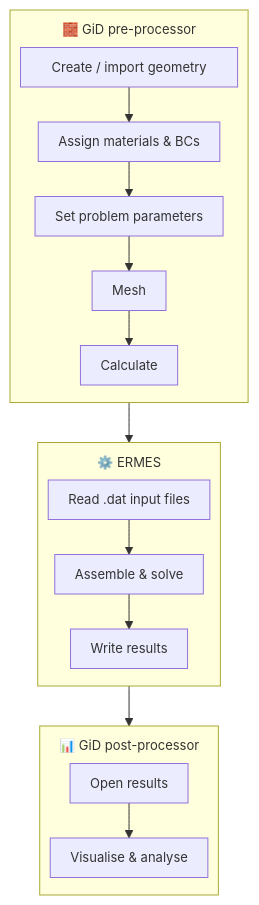
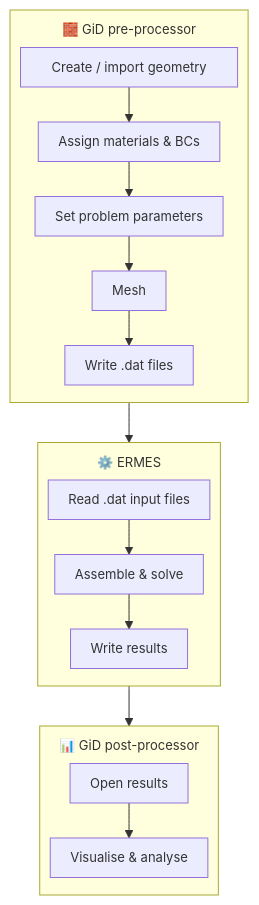
One commit to Ruben-Otin/ERMES-20.0.4 changed the diagram in README.md. Above: the diagram before and after it, drawn with Mermaid. The commit also changed other lines of this file, not shown here.

````diff
--- a/README.md
+++ b/README.md
@@ -232,22 +232,22 @@
 ```mermaid
 %%{init: {"themeVariables": {"fontSize": "13px"}, "flowchart": {"rankSpacing": 10, "nodeSpacing": 1, "padding": 10, "diagramPadding": 1, "subGraphTitleMargin": {"top": 10, "bottom": 10}}}}%%
 flowchart TB
     subgraph PRE["🧱 GiD pre-processor"]
         direction TB
         A["#nbsp;#nbsp;#nbsp;Create / import geometry#nbsp;#nbsp;#nbsp;"] --> B[Assign materials & BCs]
         B --> C[Set problem parameters]
         C --> D[Mesh]
-        D --> E[Calculate]
+        D --> E[Write .dat files]
     end
     subgraph SOLVE["⚙️ ERMES"]
         direction TB
         F[Read .dat input files] --> G[Assemble & solve]
         G --> H[Write results]
     end
     subgraph POST["📊 GiD post-processor"]
         direction TB
         I[Open results] --> J[Visualise & analyse]
     end
     PRE -----> SOLVE
     SOLVE -----> POST
 ```
````
